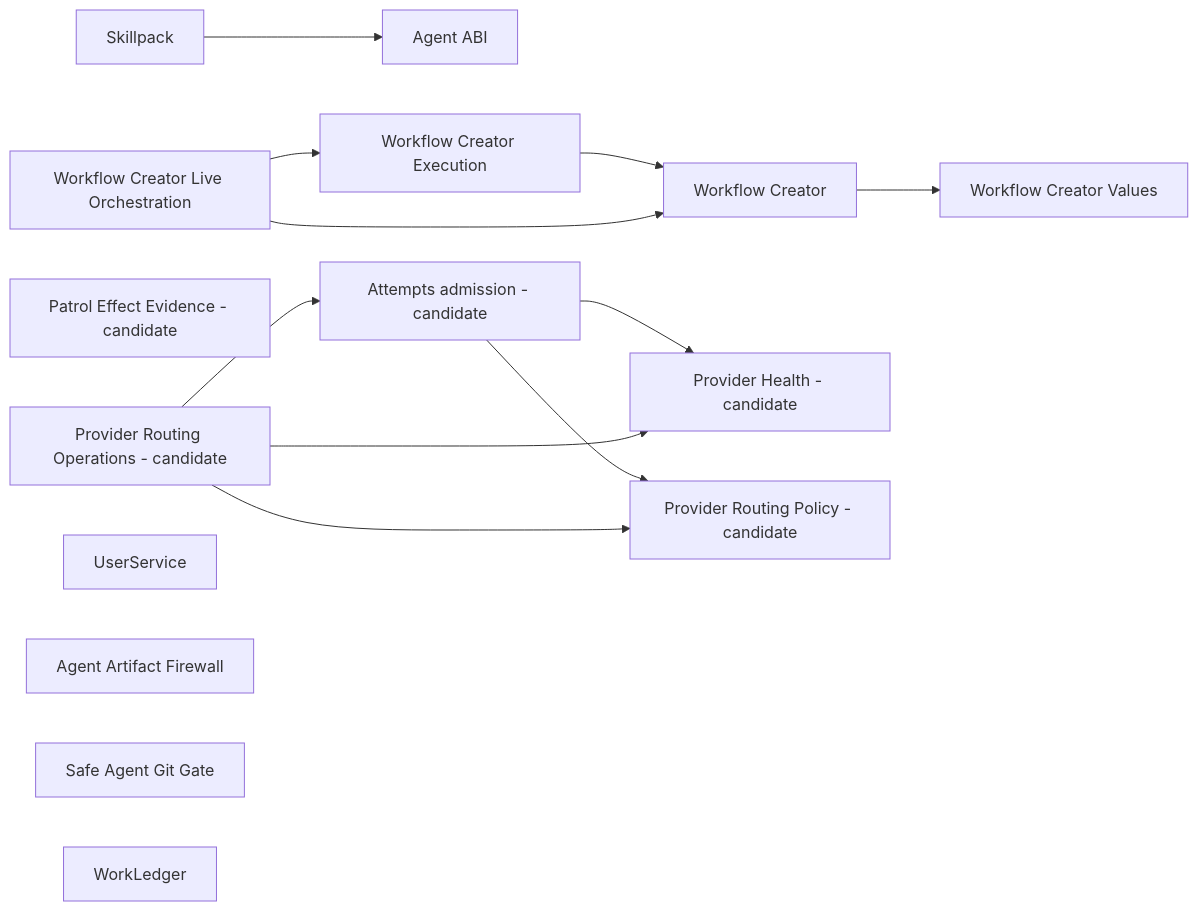
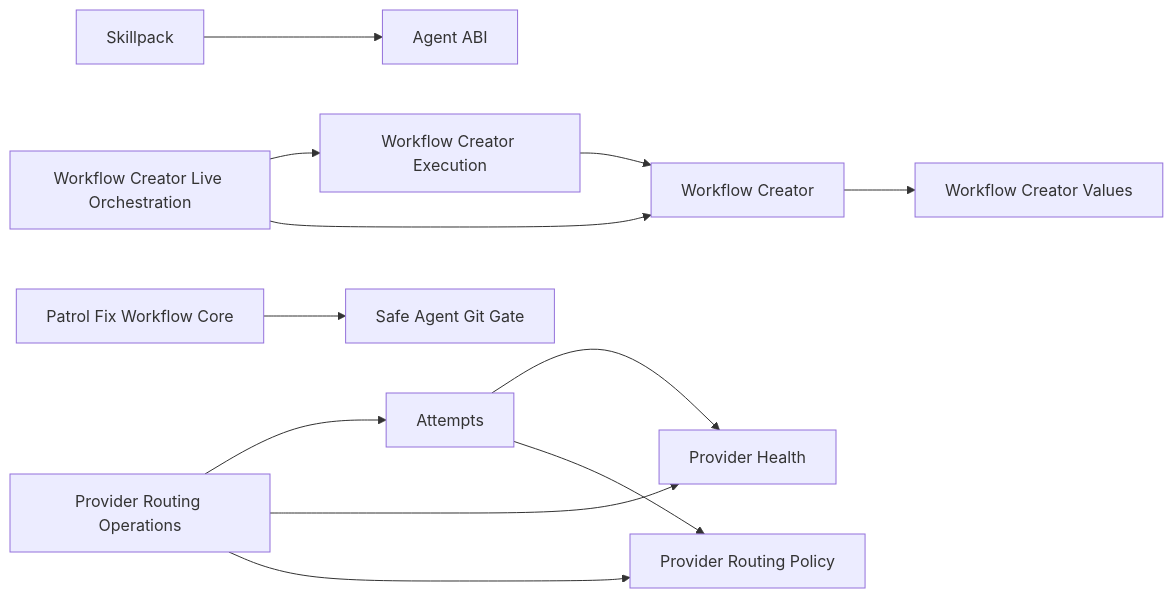
Before and after one commit to ivankuznetsov/hive: the diagram in wiki/component-boundaries.md, drawn with Mermaid. The commit also changed other lines of this file and 429 other files, not shown here.

First line of the commit message:
feat(patrol): route findings through unified fix workflow (#1166)

````diff
--- a/wiki/component-boundaries.md
+++ b/wiki/component-boundaries.md
@@ -58,18 +47,14 @@
 ```mermaid
 flowchart LR
   skillpack[Skillpack] --> agent_abi[Agent ABI]
   workflow_execution[Workflow Creator Execution] --> workflow_core[Workflow Creator]
   workflow_live[Workflow Creator Live Orchestration] --> workflow_execution
   workflow_live --> workflow_core
-  workflow_core[Workflow Creator] --> workflow_values[Workflow Creator Values]
-  patrol_effects[Patrol Effect Evidence - candidate]
-  attempts[Attempts admission - candidate] --> provider_health[Provider Health - candidate]
-  attempts --> provider_routing[Provider Routing Policy - candidate]
-  routing_operations[Provider Routing Operations - candidate] --> attempts
+  workflow_core --> workflow_values[Workflow Creator Values]
+  patrol_fix[Patrol Fix Workflow Core] --> git_gate[Safe Agent Git Gate]
+  attempts[Attempts] --> provider_health[Provider Health]
+  attempts --> provider_routing[Provider Routing Policy]
+  routing_operations[Provider Routing Operations] --> attempts
   routing_operations --> provider_health
   routing_operations --> provider_routing
-  user_service[UserService]
-  artifact_firewall[Agent Artifact Firewall]
-  git_gate[Safe Agent Git Gate]
-  work_ledger[WorkLedger]
 ```
````
